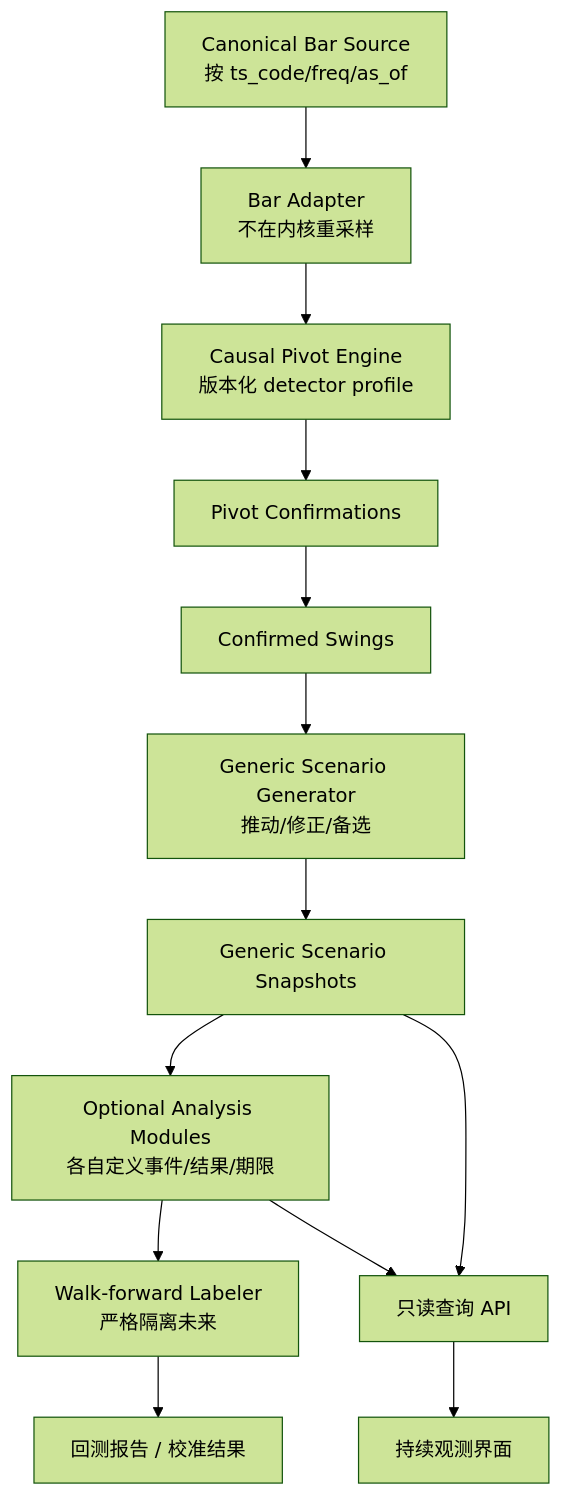
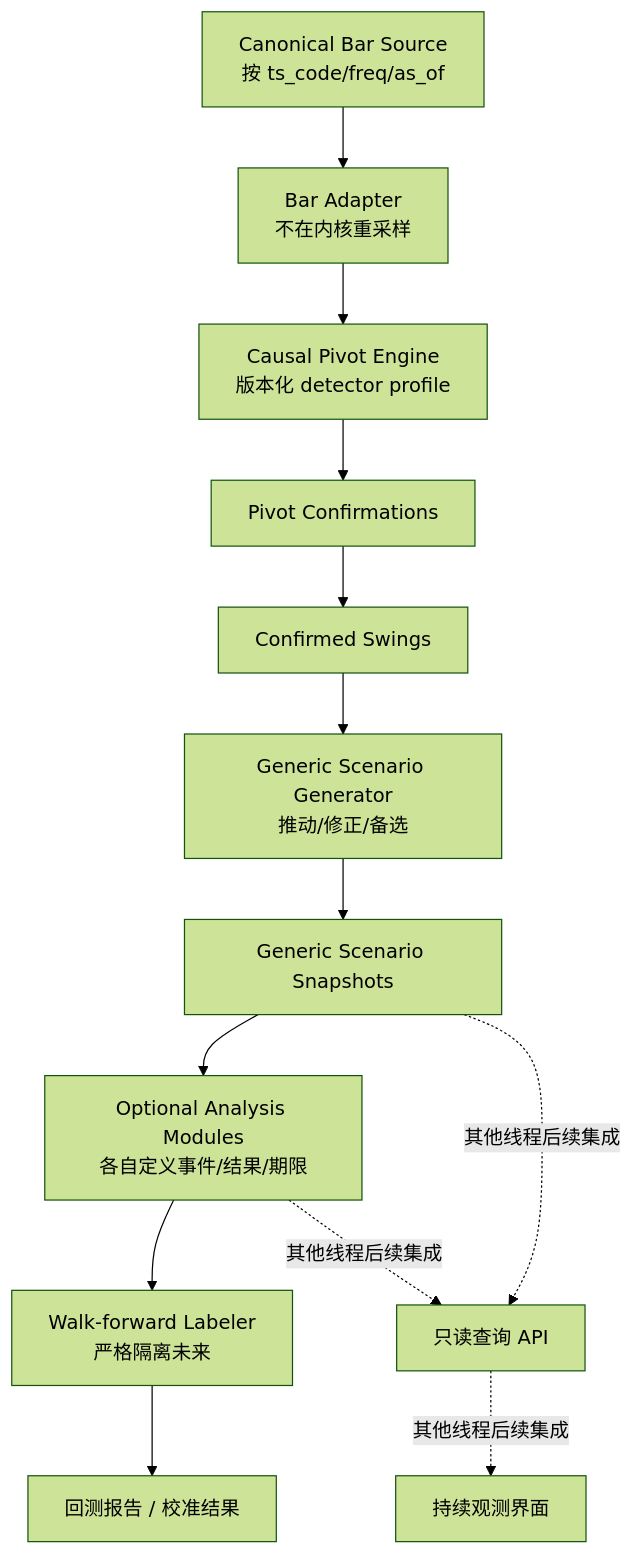
The second of 3 diagrams in lake_console/docs/design/elliott-wave-source-study-and-goldenshare-adaptation-audit-v1.md (chiuser/goldenshare), drawn with Mermaid (forest theme) before and after one commit. The commit also changed other lines of this file and 17 other files, not shown here.

````diff
--- a/lake_console/docs/design/elliott-wave-source-study-and-goldenshare-adaptation-audit-v1.md
+++ b/lake_console/docs/design/elliott-wave-source-study-and-goldenshare-adaptation-audit-v1.md
@@ -915,15 +918,15 @@
 ```mermaid
 flowchart TB
     BARS["Canonical Bar Source<br/>按 ts_code/freq/as_of"] --> AD["Bar Adapter<br/>不在内核重采样"]
     AD --> PE["Causal Pivot Engine<br/>版本化 detector profile"]
     PE --> PC["Pivot Confirmations"]
     PC --> SW["Confirmed Swings"]
     SW --> SG["Generic Scenario Generator<br/>推动/修正/备选"]
     SG --> SS["Generic Scenario Snapshots"]
     SS --> MOD["Optional Analysis Modules<br/>各自定义事件/结果/期限"]
     MOD --> BT["Walk-forward Labeler<br/>严格隔离未来"]
-    SS --> API["只读查询 API"]
-    MOD --> API
-    API --> UI["持续观测界面"]
+    SS -. 其他线程后续集成 .-> API["只读查询 API"]
+    MOD -. 其他线程后续集成 .-> API
+    API -. 其他线程后续集成 .-> UI["持续观测界面"]
     BT --> REP["回测报告 / 校准结果"]
 ```
````
